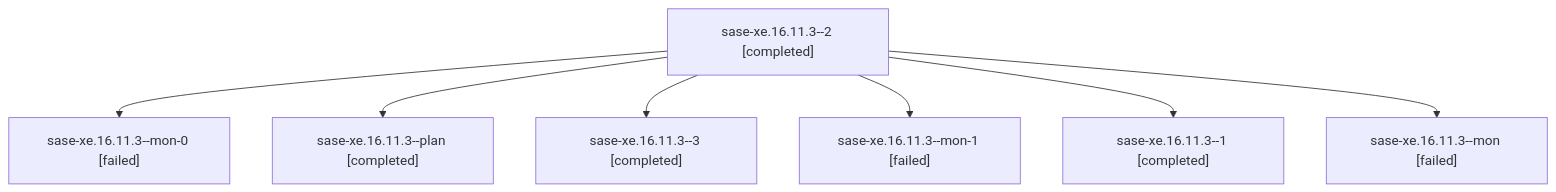
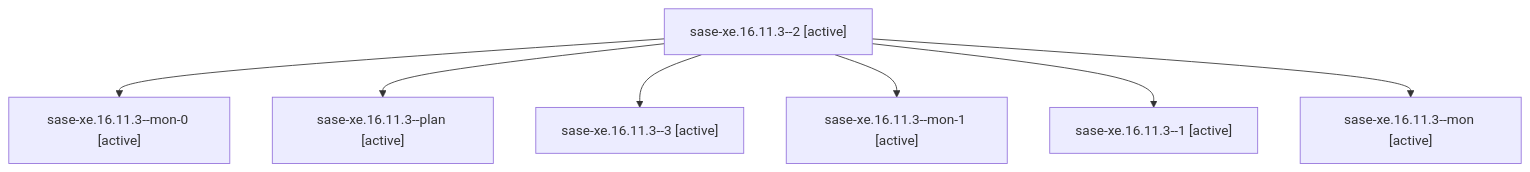
One commit to sase-org/sase--agents changed the diagram in families/bbugyi200.athena.sase-xe.16.11.3.md. Above: the diagram before and after it, drawn with Mermaid. The commit also changed other lines of this file and 35830 other files, not shown here.

````diff
--- a/families/bbugyi200.athena.sase-xe.16.11.3.md
+++ b/families/bbugyi200.athena.sase-xe.16.11.3.md
@@ -9,16 +9,16 @@
 ```mermaid
 flowchart TD
-  n0["sase-xe.16.11.3--2 [completed]"]
-  n1["sase-xe.16.11.3--mon-0 [failed]"]
+  n0["sase-xe.16.11.3--2 [active]"]
+  n1["sase-xe.16.11.3--mon-0 [active]"]
   n0 --> n1
-  n2["sase-xe.16.11.3--plan [completed]"]
+  n2["sase-xe.16.11.3--plan [active]"]
   n0 --> n2
-  n3["sase-xe.16.11.3--3 [completed]"]
+  n3["sase-xe.16.11.3--3 [active]"]
   n0 --> n3
-  n4["sase-xe.16.11.3--mon-1 [failed]"]
+  n4["sase-xe.16.11.3--mon-1 [active]"]
   n0 --> n4
-  n5["sase-xe.16.11.3--1 [completed]"]
+  n5["sase-xe.16.11.3--1 [active]"]
   n0 --> n5
-  n6["sase-xe.16.11.3--mon [failed]"]
+  n6["sase-xe.16.11.3--mon [active]"]
   n0 --> n6
 ```
````
